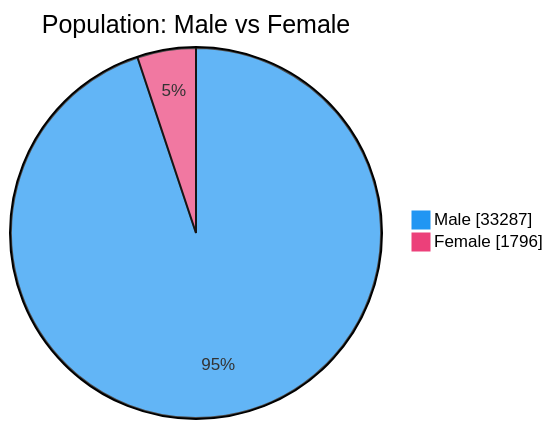
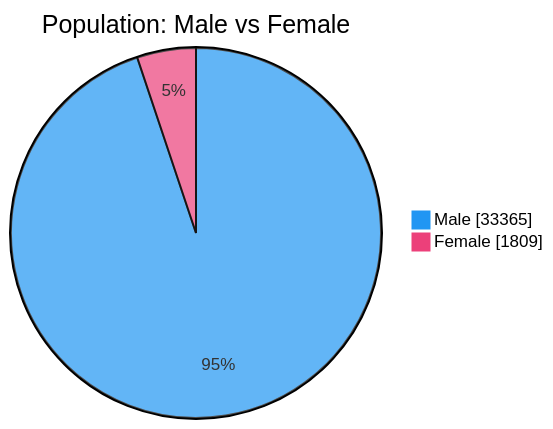
The second of 7 diagrams in README.md (nuuuwan/lk_prisons), drawn with Mermaid before and after one commit. The commit also changed other lines of this file and 1 other file, not shown here.

````diff
--- a/README.md
+++ b/README.md
@@ -54,6 +54,6 @@
 ```mermaid
 %%{init: {'themeVariables': {'pie1': '#2196F3', 'pie2': '#EC407A'}}}%%
 pie showData title Population: Male vs Female
-    "Male" : 33287
-    "Female" : 1796
+    "Male" : 33365
+    "Female" : 1809
 ```
````
